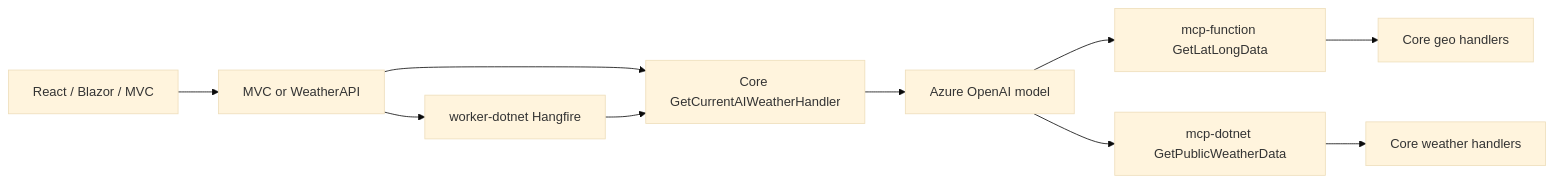
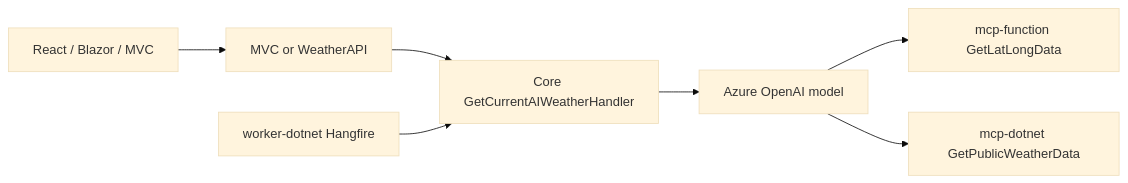
One commit to dustinkorzaan/weather-1116 changed the diagram in README.md. Above: the diagram before and after it, drawn with Mermaid (base theme).

Commit message:
Simplify README flowchart: drop API→worker and Core handler leaves
Remove the MVC/API to worker edge and the Core geo/weather handler
terminal nodes so the diagram stays focused on the main request path.

````diff
--- a/README.md
+++ b/README.md
@@ -21,22 +21,17 @@
 ```mermaid
 flowchart LR
   UI[React / Blazor / MVC]
   API[MVC or WeatherAPI]
   Core[Core GetCurrentAIWeatherHandler]
   Worker[worker-dotnet Hangfire]
   Model[Azure OpenAI model]
   McpFunc[mcp-function GetLatLongData]
   McpDotNet[mcp-dotnet GetPublicWeatherData]
-  CoreGeo[Core geo handlers]
-  CoreWx[Core weather handlers]
 
   UI --> API
   API --> Core
-  API --> Worker
   Worker --> Core
   Core --> Model
   Model --> McpFunc
   Model --> McpDotNet
-  McpFunc --> CoreGeo
-  McpDotNet --> CoreWx
 ```
````
